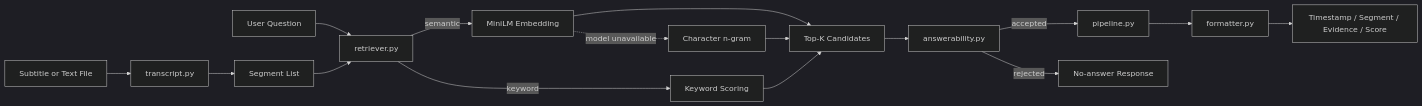
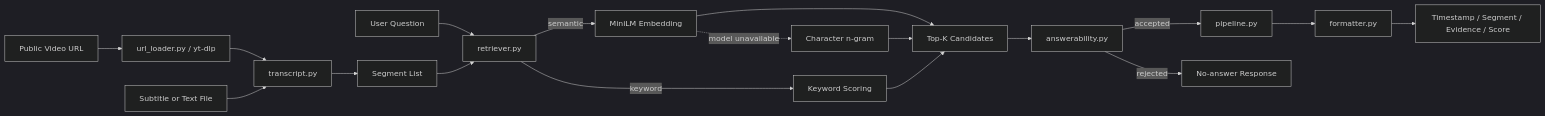
The diagram in docs/architecture.md (hiohoisa/VideoFind), drawn with Mermaid (dark theme) before and after one commit. The commit also changed other lines of this file and 7 other files, not shown here.

````diff
--- a/docs/architecture.md
+++ b/docs/architecture.md
@@ -5,18 +5,20 @@
 ```mermaid
 flowchart LR
-    A[Subtitle or Text File] --> B[transcript.py]
+    U[Public Video URL] --> V[url_loader.py / yt-dlp]
+    V --> B[transcript.py]
+    A[Subtitle or Text File] --> B
     B --> C[Segment List]
     Q[User Question] --> D[retriever.py]
     C --> D
     D -->|semantic| E[MiniLM Embedding]
     E -.->|model unavailable| F[Character n-gram]
     D -->|keyword| G[Keyword Scoring]
     E --> H[Top-K Candidates]
     F --> H
     G --> H
     H --> I[answerability.py]
     I -->|accepted| J[pipeline.py]
     I -->|rejected| K[No-answer Response]
     J --> L[formatter.py]
     L --> M[Timestamp / Segment / Evidence / Score]
 ```
````
